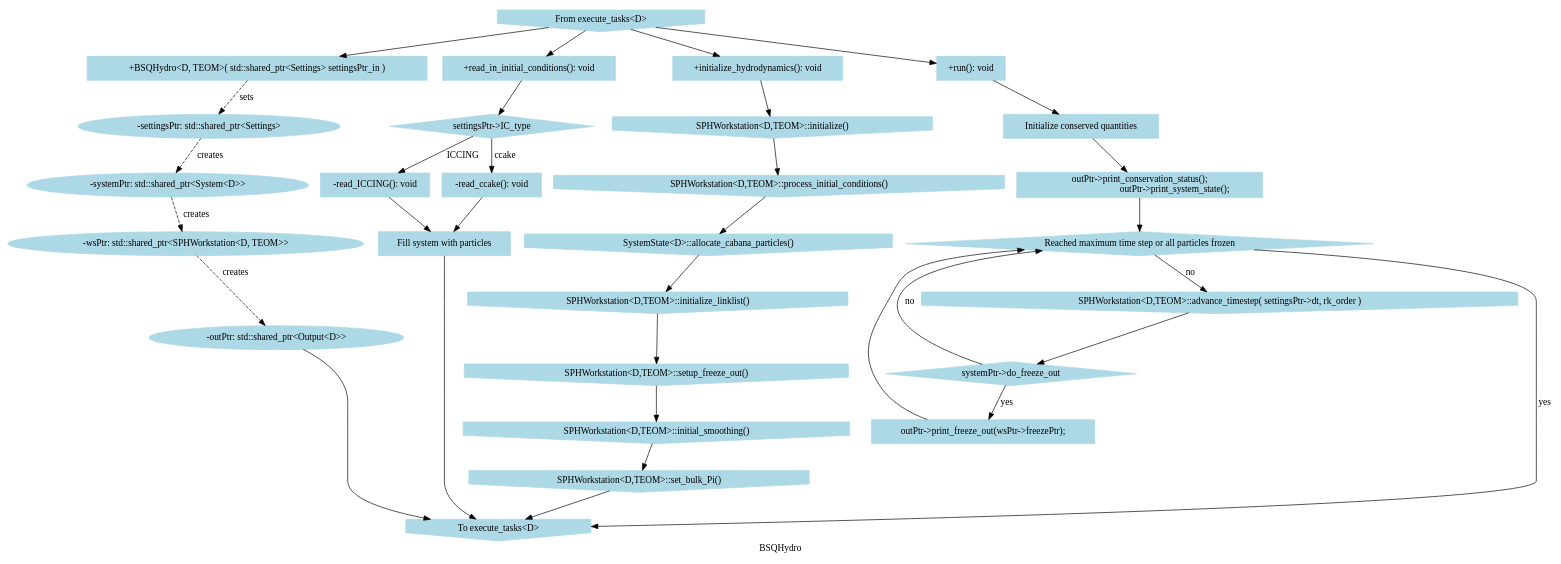
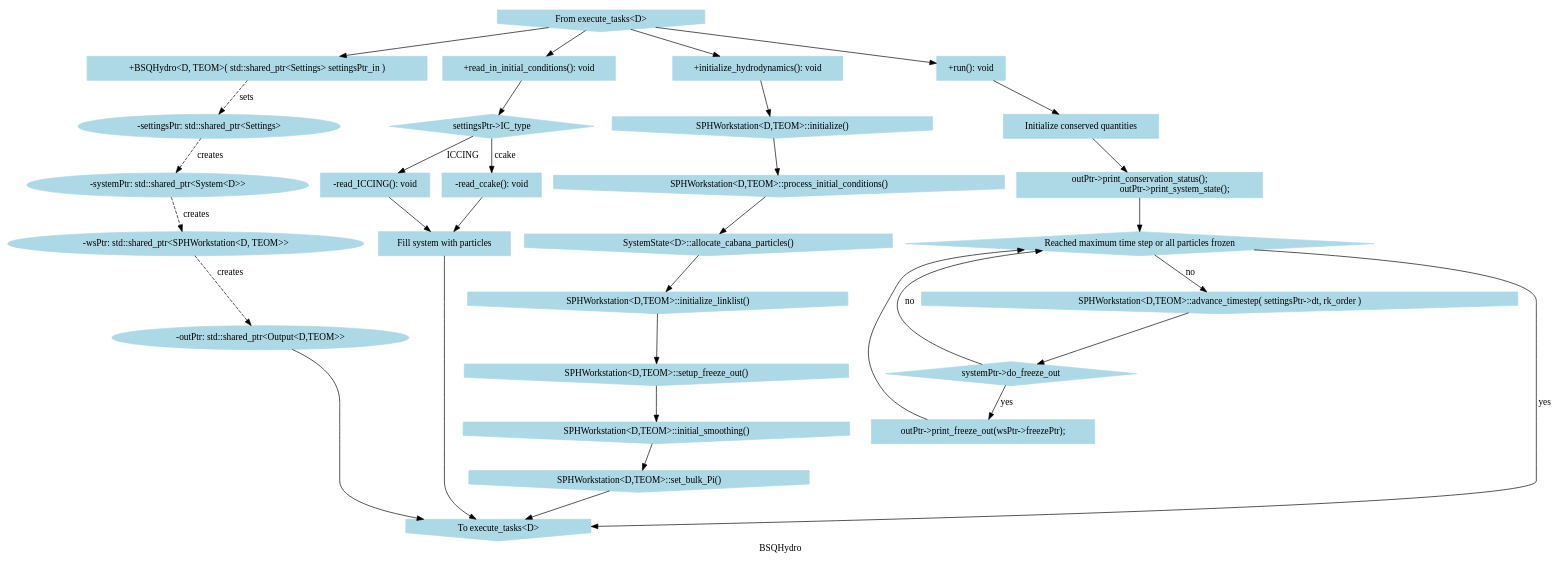
Before and after one commit to the-nuclear-confectionery/CCAKE: the diagram in src/BSQHydro.dot, drawn with Graphviz. The commit also changed 11 other files, not shown here.

```diff
--- a/src/BSQHydro.dot
+++ b/src/BSQHydro.dot
@@ -1,88 +1,88 @@
 // See for instructions: https://www.visual-paradigm.com/tutorials/flowchart-tutorial/
 digraph BSQHydro {
     rankdir=TB;
     label="BSQHydro";
     node [shape=rectangle, style=filled, color=lightblue];
     start [shape=invhouse,label="From execute_tasks<D>"];
     return [shape=invhouse,label="To execute_tasks<D>"];
     //Public functions
     BSQHydro[label="+BSQHydro<D, TEOM>( std::shared_ptr<Settings> settingsPtr_in )"];
     read_in_initial_conditions [label="+read_in_initial_conditions(): void"];
     initialize_hydrodynamics [label="+initialize_hydrodynamics(): void"];
     run [label="+run(): void"];
     //Private functions
     read_ICCING [label="-read_ICCING(): void"];
     read_ccake [label="-read_ccake(): void"];
     //Private datamembers
     settingsPtr [shape=ellipse,label="-settingsPtr: std::shared_ptr<Settings>"];
     systemPtr [shape=ellipse,label="-systemPtr: std::shared_ptr<System<D>>"];
     wsPtr [shape=ellipse,label="-wsPtr: std::shared_ptr<SPHWorkstation<D, TEOM>>"];
-    outPtr [shape=ellipse,label="-outPtr: std::shared_ptr<Output<D>>"];
+    outPtr [shape=ellipse,label="-outPtr: std::shared_ptr<Output<D,TEOM>>"];
     print_fo[label="outPtr->print_freeze_out(wsPtr->freezePtr);"]
 
     //Descriptive nodes
     fill_system [label="Fill system with particles"];
     setup_conservation[label="Initialize conserved quantities"]
     print_system_state[label="outPtr->print_conservation_status();
                                outPtr->print_system_state();"]
 
     //Decision nodes
     node [shape=diamond]
     ic_type [label="settingsPtr->IC_type"]
     continue_evolution [label="Reached maximum time step or all particles frozen"]
     wsPtr_do_fo [label="systemPtr->do_freeze_out"]
 
 
     //External nodes
     node[shape=invhouse]
     wsPtr_initialize [label="SPHWorkstation<D,TEOM>::initialize()"];
     wsPtr_proc_IC [label="SPHWorkstation<D,TEOM>::process_initial_conditions()"];
     systemPtr_alloc_cabana [label="SystemState<D>::allocate_cabana_particles()"];
     wsPtr_init_link_list[label="SPHWorkstation<D,TEOM>::initialize_linklist()"];
     wsPtr_setup_fo[label="SPHWorkstation<D,TEOM>::setup_freeze_out()"];
     wsPtr_init_smoot[label="SPHWorkstation<D,TEOM>::initial_smoothing()"];
     wsPtr_set_Pi[label="SPHWorkstation<D,TEOM>::set_bulk_Pi()"];
     wsPtr_advance_timestep[label="SPHWorkstation<D,TEOM>::advance_timestep( settingsPtr->dt, rk_order )"];
     
 
 
 
     //Connections - Constructor flow
     start -> BSQHydro;
     BSQHydro -> settingsPtr [label="sets", style=dashed];
     settingsPtr -> systemPtr[label="creates", style=dashed];
     systemPtr -> wsPtr[label="creates", style=dashed];
     wsPtr -> outPtr[label="creates", style=dashed];
     outPtr -> return;
     //Connections - read_in_initial_conditions flow
     start -> read_in_initial_conditions ;
     read_in_initial_conditions -> ic_type;
     ic_type -> read_ICCING [label="ICCING"];
     ic_type -> read_ccake [label="ccake"];
     read_ICCING -> fill_system;
     read_ccake->fill_system;
     fill_system -> return;
     //Connections - initialize_hydrodynamics flow
     start -> initialize_hydrodynamics;
     initialize_hydrodynamics -> wsPtr_initialize;
     wsPtr_initialize -> wsPtr_proc_IC;
     wsPtr_proc_IC -> systemPtr_alloc_cabana;
     systemPtr_alloc_cabana -> wsPtr_init_link_list;
     wsPtr_init_link_list -> wsPtr_setup_fo;
     wsPtr_setup_fo -> wsPtr_init_smoot;
     wsPtr_init_smoot -> wsPtr_set_Pi;
     wsPtr_set_Pi -> return;
     //Connections - run flow
     start -> run;
     run ->setup_conservation;
     setup_conservation -> print_system_state;
     print_system_state -> continue_evolution;
     continue_evolution -> wsPtr_advance_timestep[label="no"];
     wsPtr_advance_timestep -> wsPtr_do_fo;
     wsPtr_do_fo -> print_fo [label="yes"];
     wsPtr_do_fo -> continue_evolution [label="no"]
     print_fo -> continue_evolution;
     continue_evolution -> return [label="yes"];
 
 
 }
```
